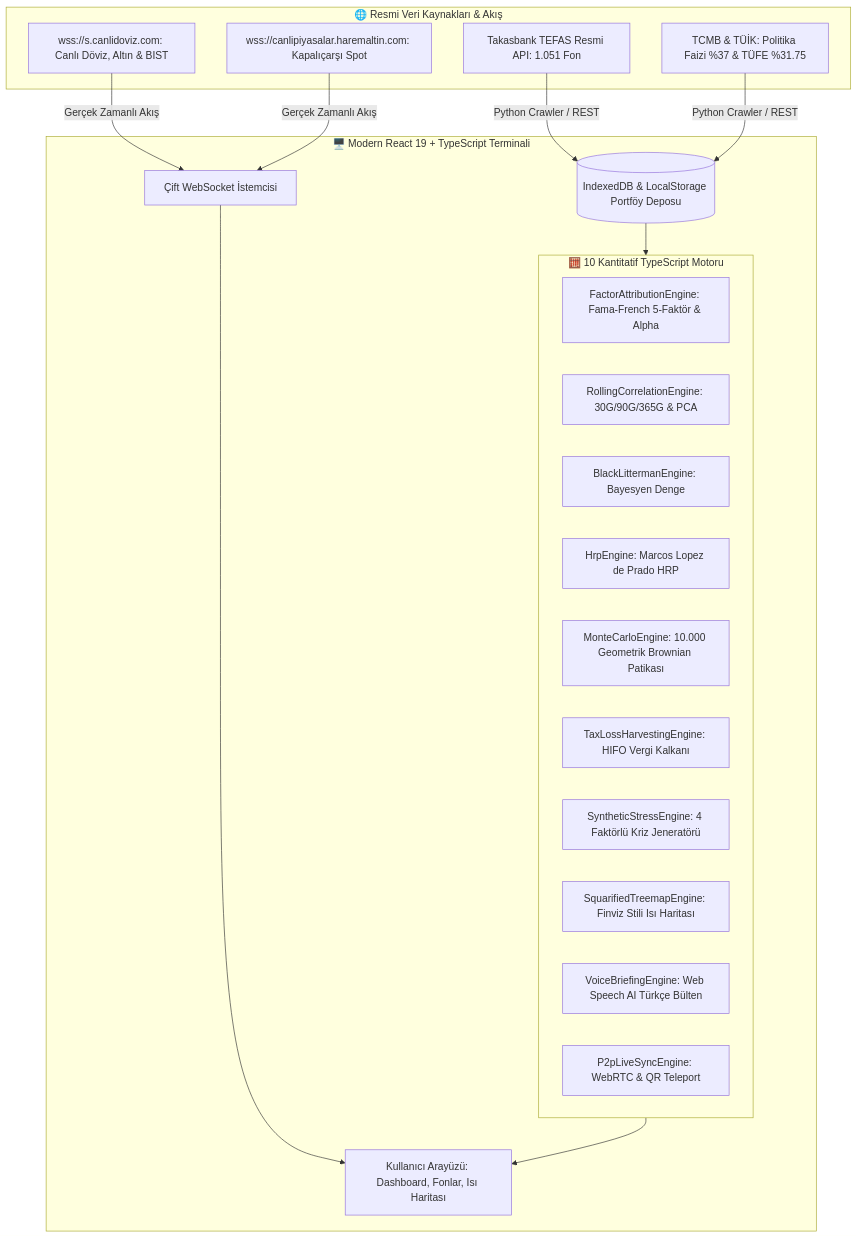
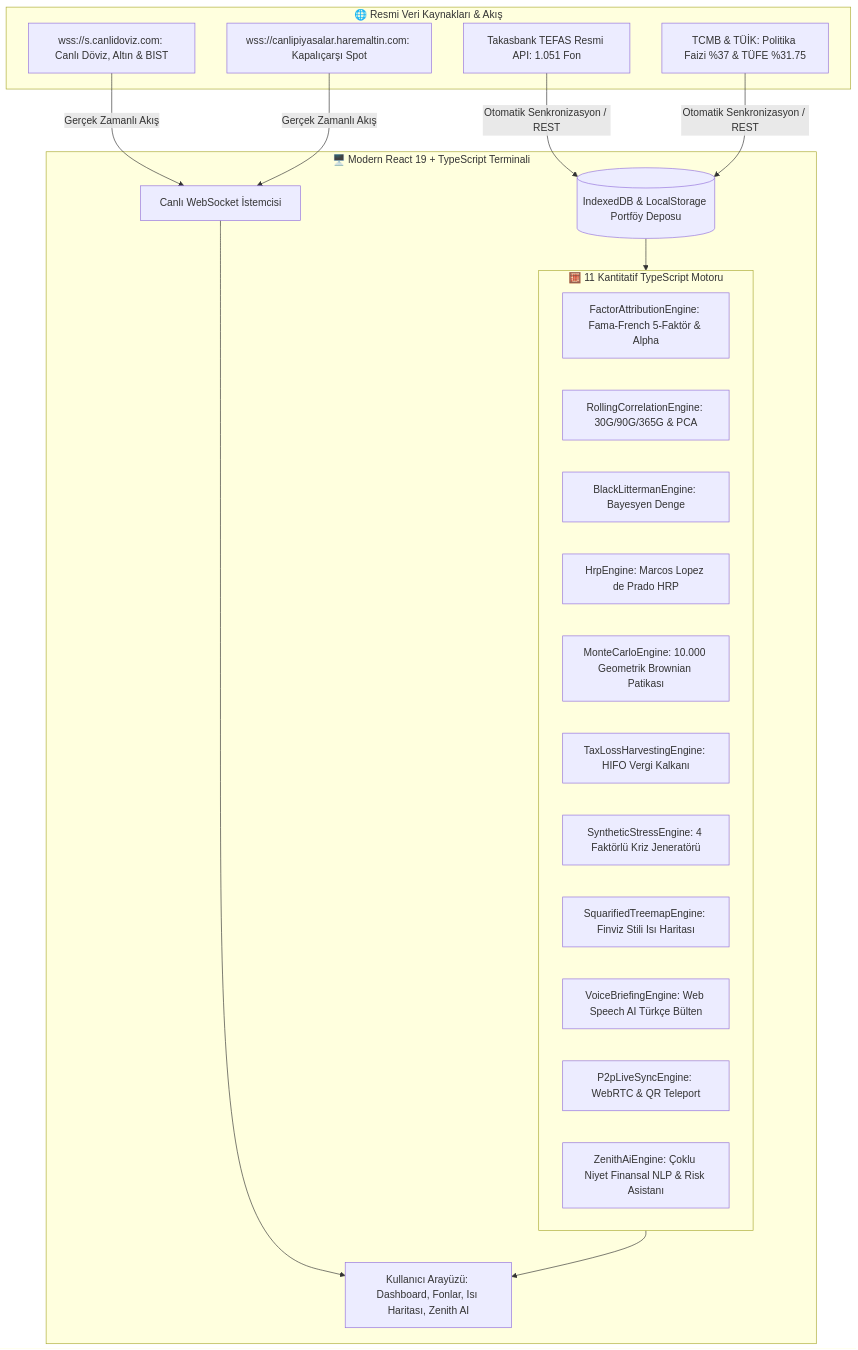
The diagram in README.md (Cagrik34/zenith-atlas), drawn with Mermaid before and after one commit. The commit also changed other lines of this file, not shown here.

Commit message:
docs(readme): sync README.md with 11 quantitative engines, root requirements.txt, and live color wave features

````diff
--- a/README.md
+++ b/README.md
@@ -22,34 +22,35 @@
 ```mermaid
 graph TD
     subgraph CLIENT [🖥️ Modern React 19 + TypeScript Terminali]
-        UI[Kullanıcı Arayüzü: Dashboard, Fonlar, Isı Haritası]
-        WS_CLIENT[Çift WebSocket İstemcisi]
+        UI[Kullanıcı Arayüzü: Dashboard, Fonlar, Isı Haritası, Zenith AI]
+        WS_CLIENT[Canlı WebSocket İstemcisi]
         IDB[(IndexedDB & LocalStorage Portföy Deposu)]
         
-        subgraph ENGINES [🧮 10 Kantitatif TypeScript Motoru]
+        subgraph ENGINES [🧮 11 Kantitatif TypeScript Motoru]
             E1[FactorAttributionEngine: Fama-French 5-Faktör & Alpha]
             E2[RollingCorrelationEngine: 30G/90G/365G & PCA]
             E3[BlackLittermanEngine: Bayesyen Denge]
             E4[HrpEngine: Marcos Lopez de Prado HRP]
             E5[MonteCarloEngine: 10.000 Geometrik Brownian Patikası]
             E6[TaxLossHarvestingEngine: HIFO Vergi Kalkanı]
             E7[SyntheticStressEngine: 4 Faktörlü Kriz Jeneratörü]
             E8[SquarifiedTreemapEngine: Finviz Stili Isı Haritası]
             E9[VoiceBriefingEngine: Web Speech AI Türkçe Bülten]
             E10[P2pLiveSyncEngine: WebRTC & QR Teleport]
+            E11[ZenithAiEngine: Çoklu Niyet Finansal NLP & Risk Asistanı]
         end
     end
 
     subgraph SOURCES [🌐 Resmi Veri Kaynakları & Akış]
         S1[Takasbank TEFAS Resmi API: 1.051 Fon]
         S2[wss://s.canlidoviz.com: Canlı Döviz, Altın & BIST]
         S3[wss://canlipiyasalar.haremaltin.com: Kapalıçarşı Spot]
         S4[TCMB & TÜİK: Politika Faizi %37 & TÜFE %31.75]
     end
 
     S2 & S3 -->|Gerçek Zamanlı Akış| WS_CLIENT
-    S1 & S4 -->|Python Crawler / REST| IDB
+    S1 & S4 -->|Otomatik Senkronizasyon / REST| IDB
     WS_CLIENT --> UI
     IDB --> ENGINES
     ENGINES --> UI
 ```
````
